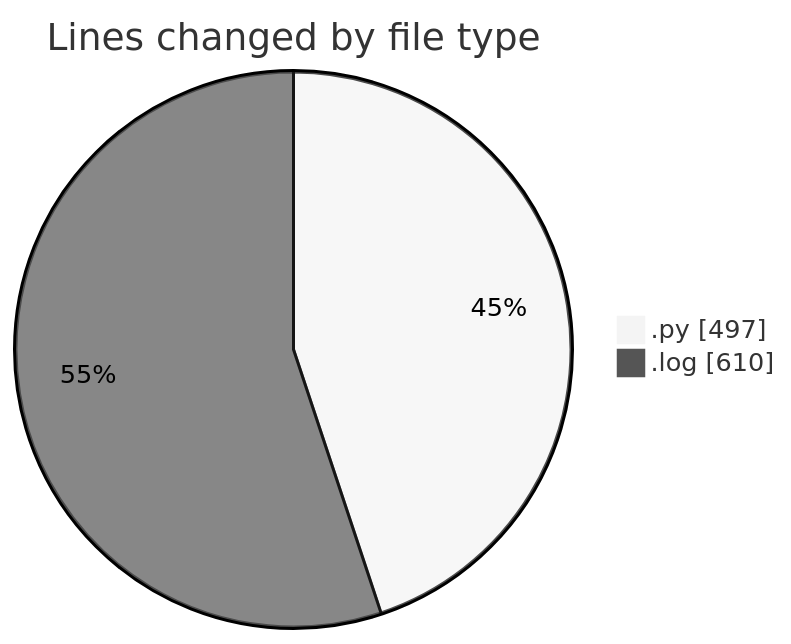
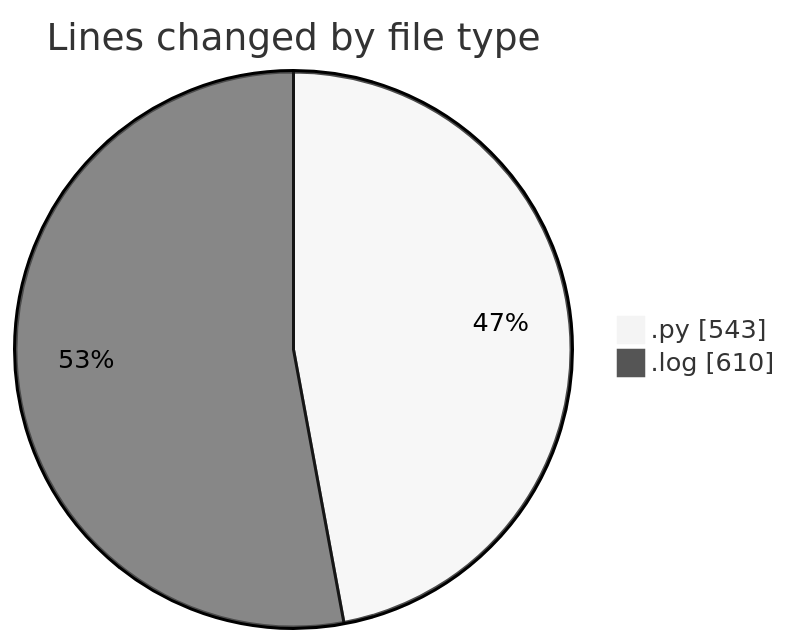
One commit to momahboobian/code-tracking changed the first of 2 diagrams in 2025-05-07/samplepdf/README.md. Above: the diagram before and after it, drawn with Mermaid (neutral theme). The commit also changed other lines of this file and 1 other file, not shown here.

````diff
--- a/2025-05-07/samplepdf/README.md
+++ b/2025-05-07/samplepdf/README.md
@@ -27,6 +27,6 @@
 ```mermaid
 pie showData
 title Lines changed by file type
-".py" : 497
+".py" : 543
 ".log" : 610
 ```
````
